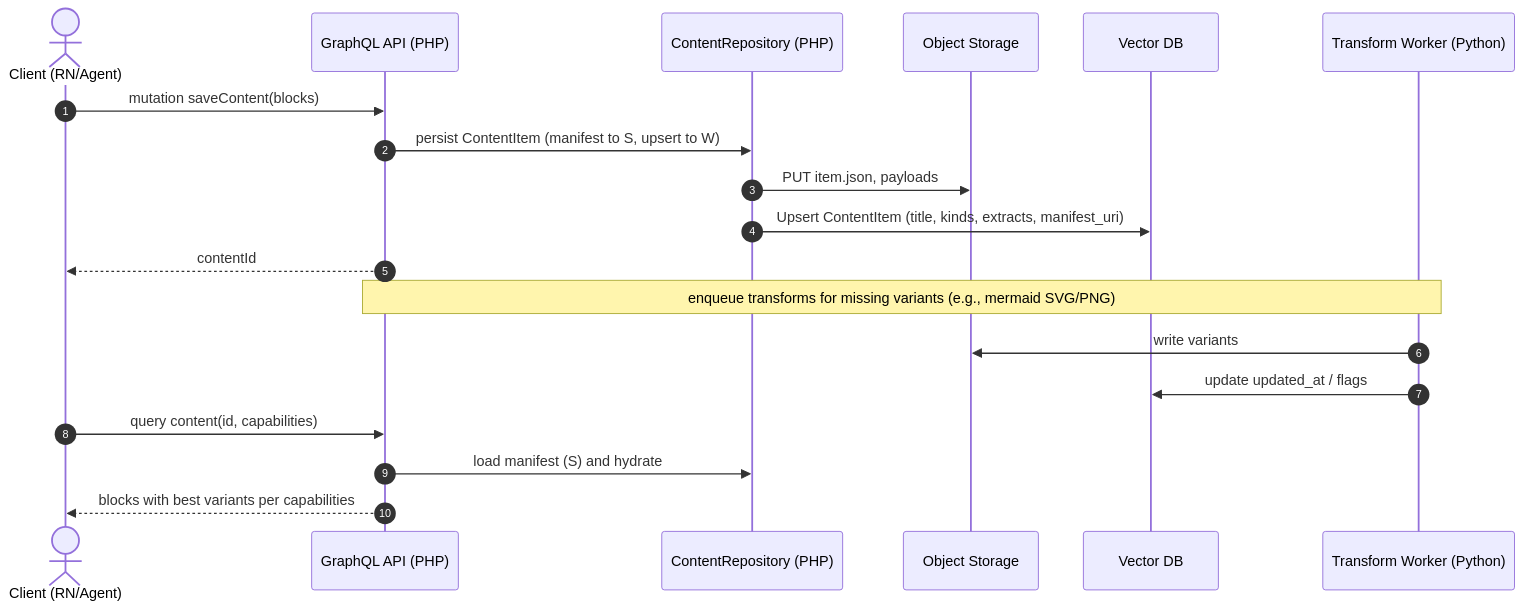
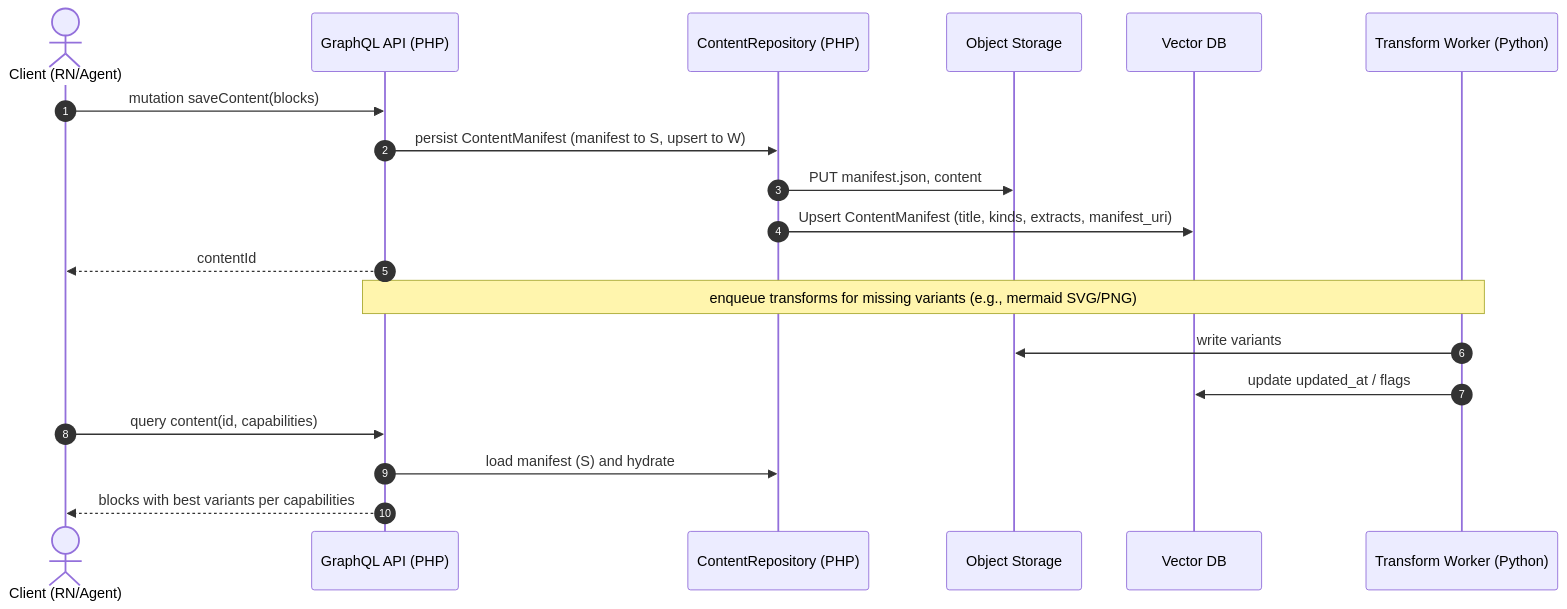
One commit to portable-content/design-docs changed the diagram in content-representation-design.md. Above: the diagram before and after it, drawn with Mermaid. The commit also changed other lines of this file and 23 other files, not shown here.

````diff
--- a/content-representation-design.md
+++ b/content-representation-design.md
@@ -287,23 +339,23 @@
 ```mermaid
 sequenceDiagram
   autonumber
   actor C as Client (RN/Agent)
   participant G as GraphQL API (PHP)
   participant R as ContentRepository (PHP)
   participant S as Object Storage
   participant W as Vector DB
   participant T as Transform Worker (Python)
 
   C->>G: mutation saveContent(blocks)
-  G->>R: persist ContentItem (manifest to S, upsert to W)
-  R->>S: PUT item.json, payloads
-  R->>W: Upsert ContentItem (title, kinds, extracts, manifest_uri)
+  G->>R: persist ContentManifest (manifest to S, upsert to W)
+  R->>S: PUT manifest.json, content
+  R->>W: Upsert ContentManifest (title, kinds, extracts, manifest_uri)
   G-->>C: contentId
   Note over G,T: enqueue transforms for missing variants (e.g., mermaid SVG/PNG)
   T->>S: write variants
   T->>W: update updated_at / flags
 
   C->>G: query content(id, capabilities)
   G->>R: load manifest (S) and hydrate
   G-->>C: blocks with best variants per capabilities
 ```
````
